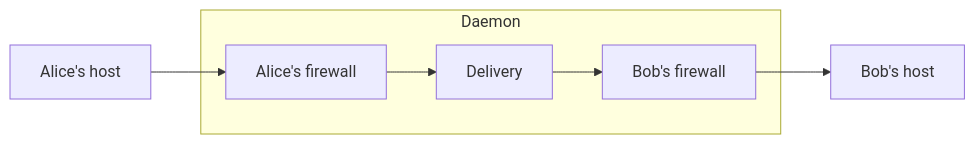
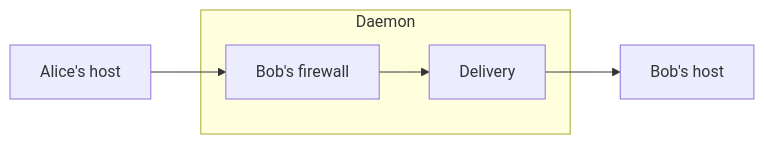
Before and after one commit to chughtapan/social-harness: the diagram in docs/concepts/overview.mdx, drawn with Mermaid. The commit also changed other lines of this file and 26 other files, not shown here.

````diff
--- a/docs/concepts/overview.mdx
+++ b/docs/concepts/overview.mdx
@@ -47,9 +51,8 @@
 ```mermaid
 flowchart LR
-    hostA[Alice's host] --> outgoing
+    hostA[Alice's host] --> firewall
     subgraph daemon[Daemon]
-      outgoing[Alice's firewall] --> delivery[Delivery]
-      delivery --> incoming[Bob's firewall]
+      firewall[Bob's firewall] --> delivery[Delivery]
     end
-    incoming --> hostB[Bob's host]
+    delivery --> hostB[Bob's host]
 ```
````
